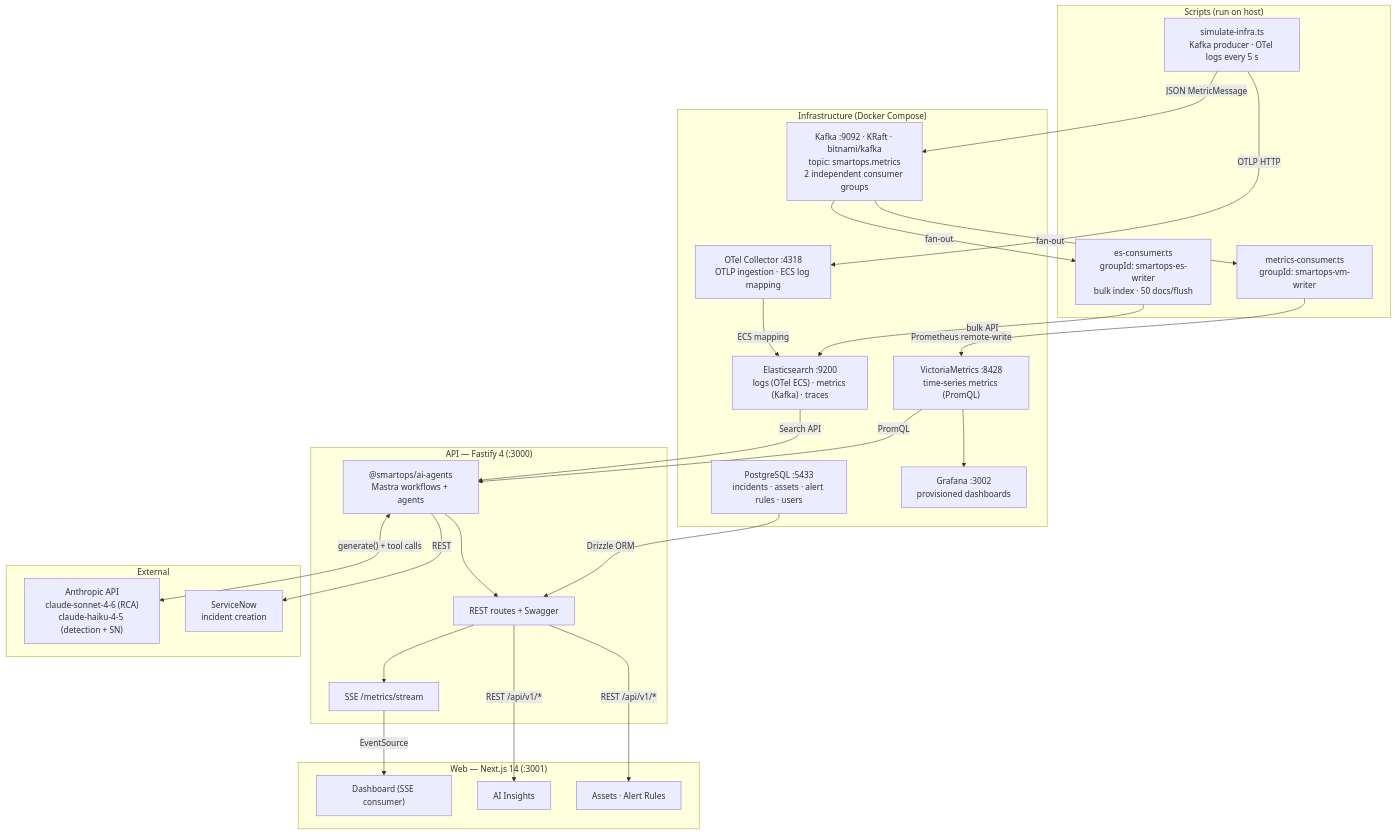
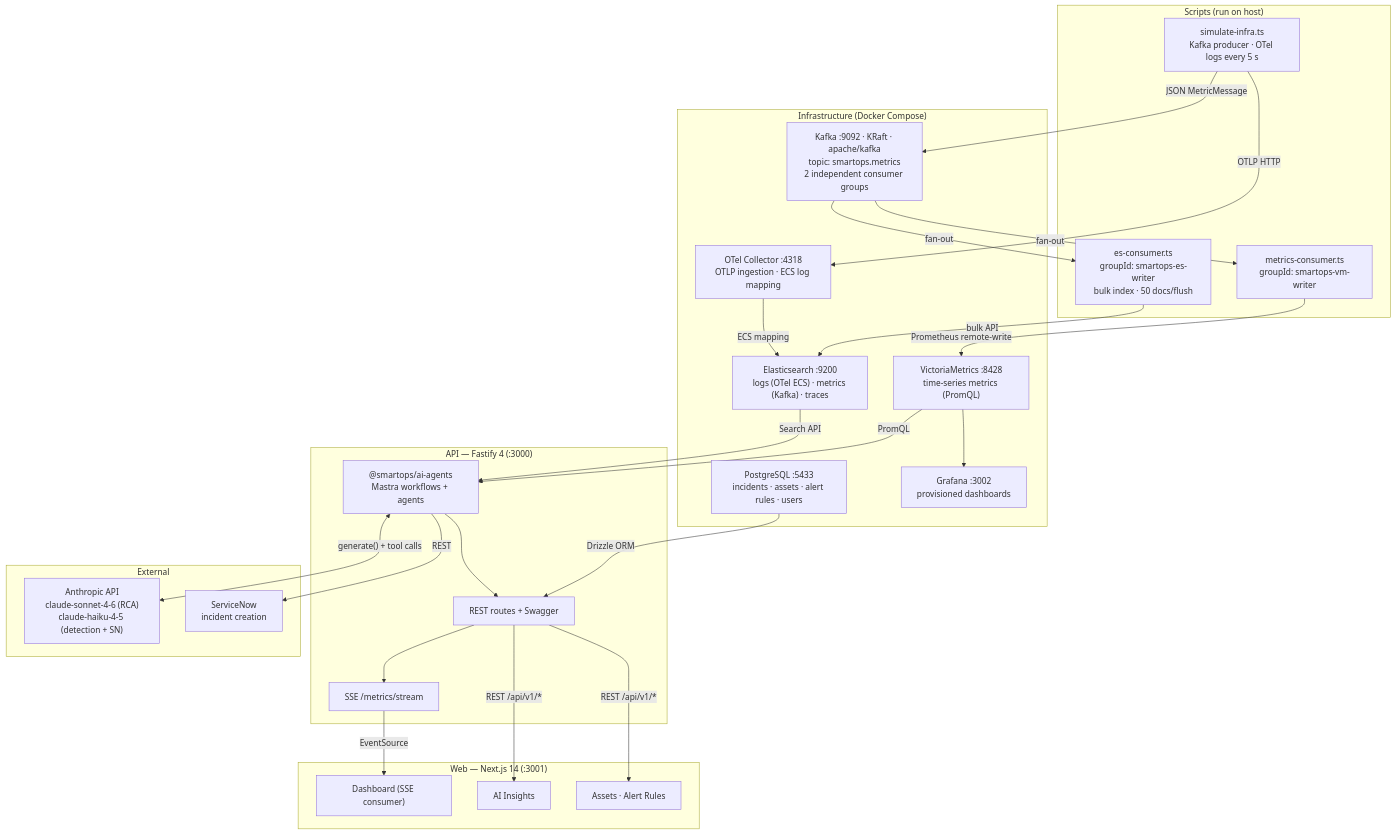
One commit to sergiunicoara/Agentic-AI changed the second of 2 diagrams in SmartOps AI observability platform/README.md. Above: the diagram before and after it, drawn with Mermaid. The commit also changed other lines of this file and 8 other files, not shown here.

First line of the commit message:
feat: Kafka apache/kafka image, error rate golden signal, coordinator probe

````diff
--- a/SmartOps AI observability platform/README.md
+++ b/SmartOps AI observability platform/README.md
@@ -94,53 +94,53 @@
 ```mermaid
 flowchart TD
     subgraph SIM["Scripts (run on host)"]
         PROD["simulate-infra.ts\nKafka producer · OTel logs every 5 s"]
         VMC["metrics-consumer.ts\ngroupId: smartops-vm-writer"]
         ESC["es-consumer.ts\ngroupId: smartops-es-writer\nbulk index · 50 docs/flush"]
     end
 
     subgraph INFRA["Infrastructure (Docker Compose)"]
-        KAFKA["Kafka :9092 · KRaft · bitnami/kafka\ntopic: smartops.metrics\n2 independent consumer groups"]
+        KAFKA["Kafka :9092 · KRaft · apache/kafka\ntopic: smartops.metrics\n2 independent consumer groups"]
         VM["VictoriaMetrics :8428\ntime-series metrics (PromQL)"]
         ES["Elasticsearch :9200\nlogs (OTel ECS) · metrics (Kafka) · traces"]
         PG["PostgreSQL :5433\nincidents · assets · alert rules · users"]
         GF["Grafana :3002\nprovisioned dashboards"]
         OTEL["OTel Collector :4318\nOTLP ingestion · ECS log mapping"]
     end
 
     subgraph APPAPI["API — Fastify 4 (:3000)"]
         ROUTES["REST routes + Swagger"]
         SSE["SSE /metrics/stream"]
         AIMOD["@smartops/ai-agents\nMastra workflows + agents"]
     end
 
     subgraph WEB["Web — Next.js 14 (:3001)"]
         DASH["Dashboard (SSE consumer)"]
         AIPG["AI Insights"]
         MGMT["Assets · Alert Rules"]
     end
 
     subgraph EXT["External"]
         CLAUDE["Anthropic API\nclaude-sonnet-4-6 (RCA)\nclaude-haiku-4-5 (detection + SN)"]
         SNOW["ServiceNow\nincident creation"]
     end
 
     PROD -->|"JSON MetricMessage"| KAFKA
     PROD -->|"OTLP HTTP"| OTEL
     KAFKA -->|"fan-out"| VMC
     KAFKA -->|"fan-out"| ESC
     VMC -->|"Prometheus remote-write"| VM
     ESC -->|"bulk API"| ES
     OTEL -->|"ECS mapping"| ES
     VM --> GF
     VM -->|"PromQL"| AIMOD
     ES -->|"Search API"| AIMOD
     PG -->|"Drizzle ORM"| ROUTES
     AIMOD --> ROUTES
     AIMOD <-->|"generate() + tool calls"| CLAUDE
     AIMOD -->|"REST"| SNOW
     ROUTES --> SSE
     SSE -->|"EventSource"| DASH
     ROUTES -->|"REST /api/v1/*"| AIPG
     ROUTES -->|"REST /api/v1/*"| MGMT
 ```
````
